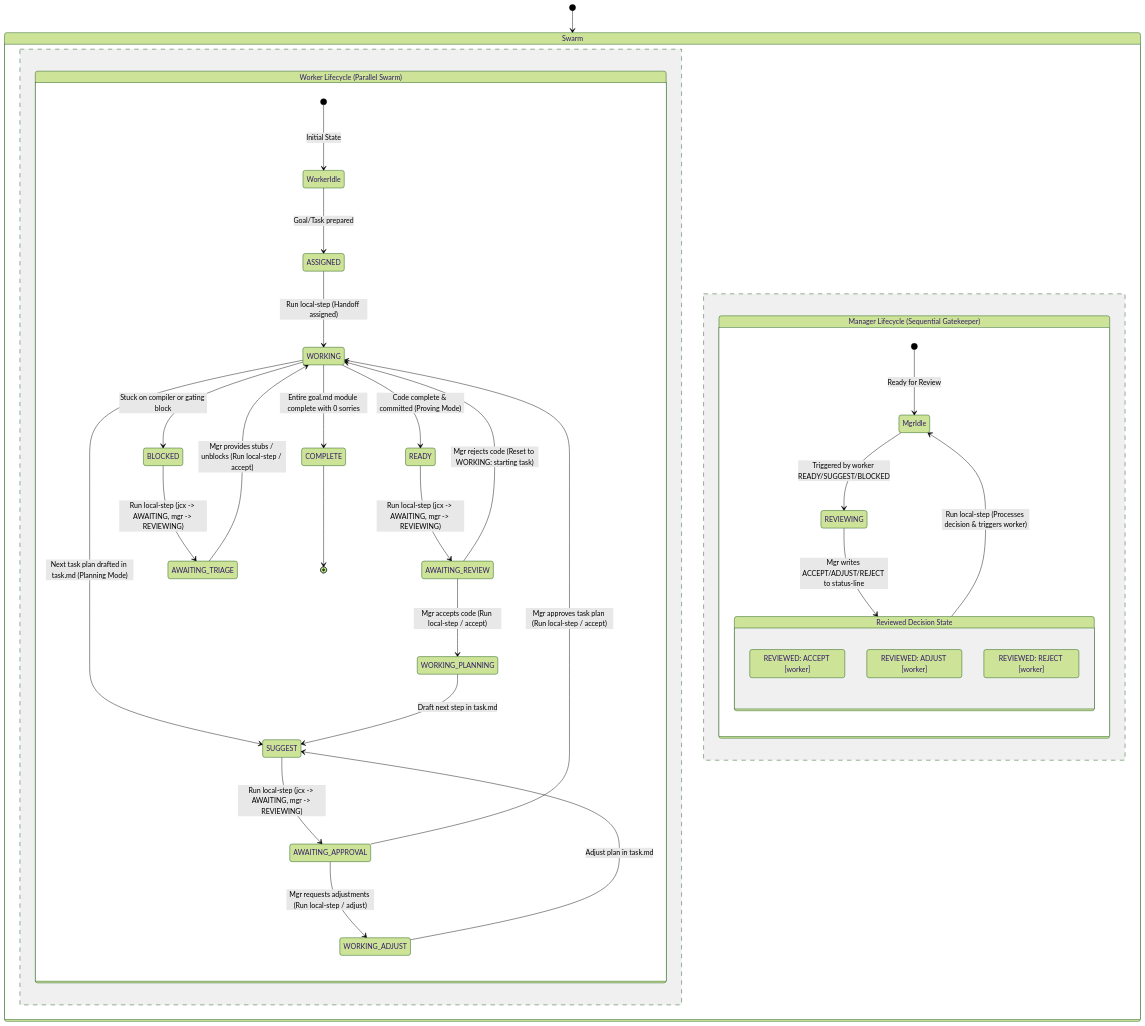
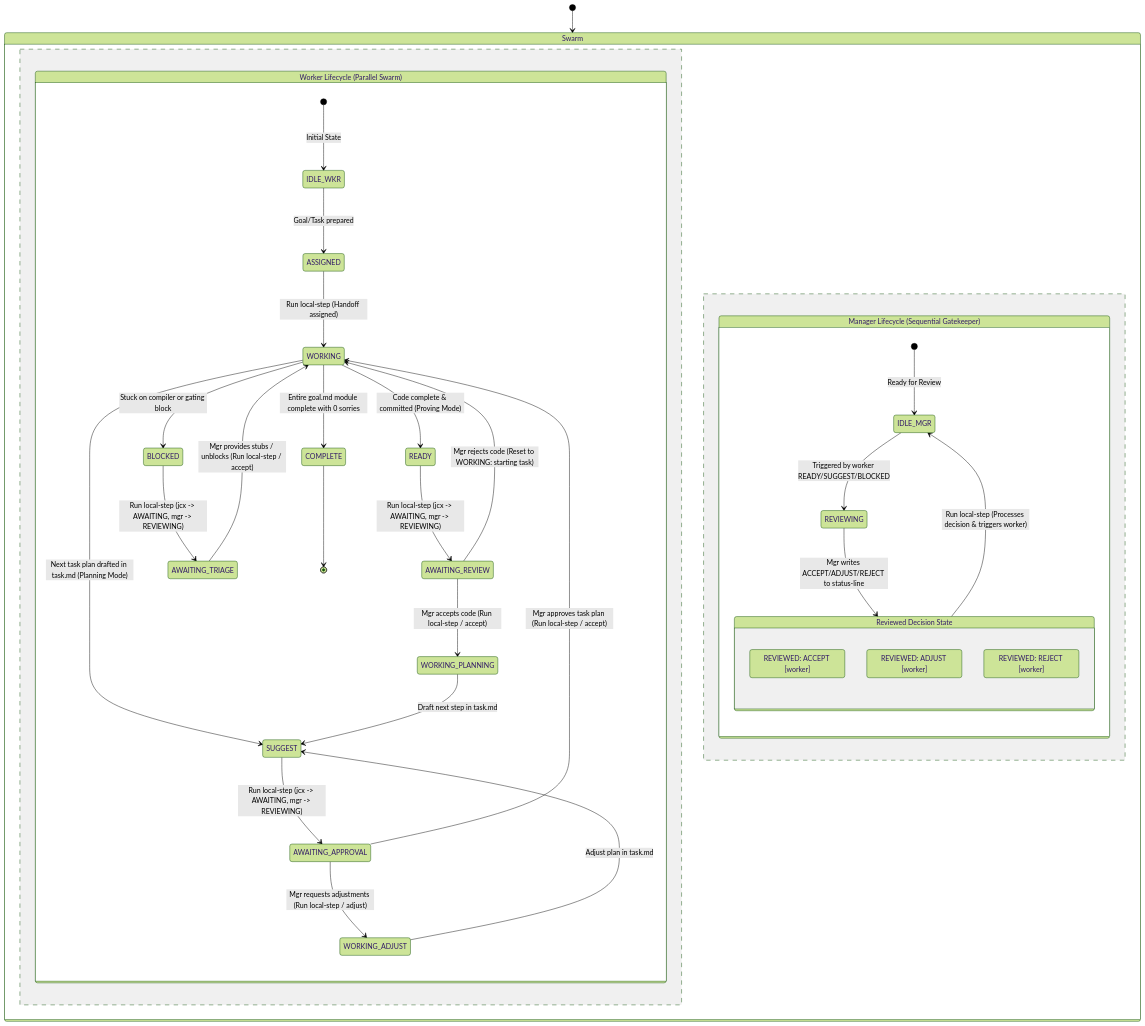
The diagram in docs/state-machine.md (tangentstorm/scialect), drawn with Mermaid (forest theme) before and after one commit.

Commit message:
docs: rename diagram states to IDLE_WKR and IDLE_MGR

````diff
--- a/docs/state-machine.md
+++ b/docs/state-machine.md
@@ -13,46 +13,46 @@
 ```mermaid
 stateDiagram-v2
     [*] --> Swarm
     state Swarm {
         state "Worker Lifecycle (Parallel Swarm)" as WorkerLifecycle {
-            [*] --> WorkerIdle : Initial State
-            WorkerIdle --> ASSIGNED : Goal/Task prepared
+            [*] --> IDLE_WKR : Initial State
+            IDLE_WKR --> ASSIGNED : Goal/Task prepared
             ASSIGNED --> WORKING : Run local-step (Handoff assigned)
             
             WORKING --> READY : Code complete & committed (Proving Mode)
             WORKING --> SUGGEST : Next task plan drafted in task.md (Planning Mode)
             WORKING --> BLOCKED : Stuck on compiler or gating block
             
             READY --> AWAITING_REVIEW : Run local-step (jcx -> AWAITING, mgr -> REVIEWING)
             SUGGEST --> AWAITING_APPROVAL : Run local-step (jcx -> AWAITING, mgr -> REVIEWING)
             BLOCKED --> AWAITING_TRIAGE : Run local-step (jcx -> AWAITING, mgr -> REVIEWING)
             
             AWAITING_REVIEW --> WORKING_PLANNING : Mgr accepts code (Run local-step / accept)
             AWAITING_APPROVAL --> WORKING : Mgr approves task plan (Run local-step / accept)
             AWAITING_TRIAGE --> WORKING : Mgr provides stubs / unblocks (Run local-step / accept)
             
             AWAITING_REVIEW --> WORKING : Mgr rejects code (Reset to WORKING: starting task)
             AWAITING_APPROVAL --> WORKING_ADJUST : Mgr requests adjustments (Run local-step / adjust)
             
             WORKING_PLANNING --> SUGGEST : Draft next step in task.md
             WORKING_ADJUST --> SUGGEST : Adjust plan in task.md
             
             WORKING --> COMPLETE : Entire goal.md module complete with 0 sorries
             COMPLETE --> [*]
         }
         --
         state "Manager Lifecycle (Sequential Gatekeeper)" as ManagerLifecycle {
-            [*] --> MgrIdle : Ready for Review
-            MgrIdle --> REVIEWING : Triggered by worker READY/SUGGEST/BLOCKED
+            [*] --> IDLE_MGR : Ready for Review
+            IDLE_MGR --> REVIEWING : Triggered by worker READY/SUGGEST/BLOCKED
             REVIEWING --> REVIEWED_DECISION : Mgr writes ACCEPT/ADJUST/REJECT to status-line
             
             state "Reviewed Decision State" as REVIEWED_DECISION {
                 REVIEWED_ACCEPT : REVIEWED: ACCEPT [worker]
                 REVIEWED_ADJUST : REVIEWED: ADJUST [worker]
                 REVIEWED_REJECT : REVIEWED: REJECT [worker]
             }
             
-            REVIEWED_DECISION --> MgrIdle : Run local-step (Processes decision & triggers worker)
+            REVIEWED_DECISION --> IDLE_MGR : Run local-step (Processes decision & triggers worker)
         }
     }
 ```
````
